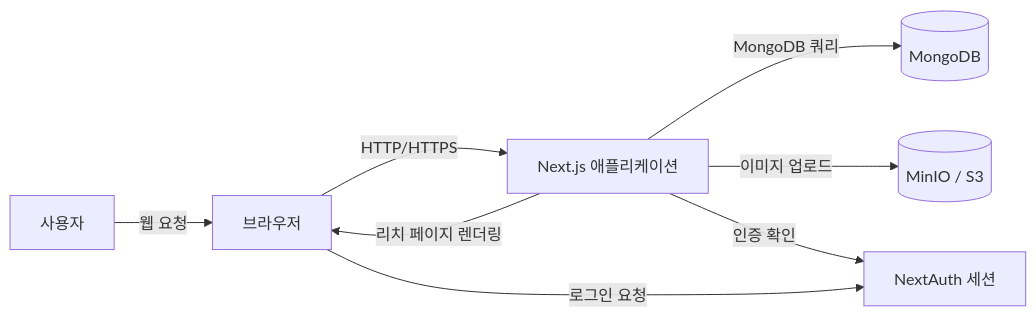
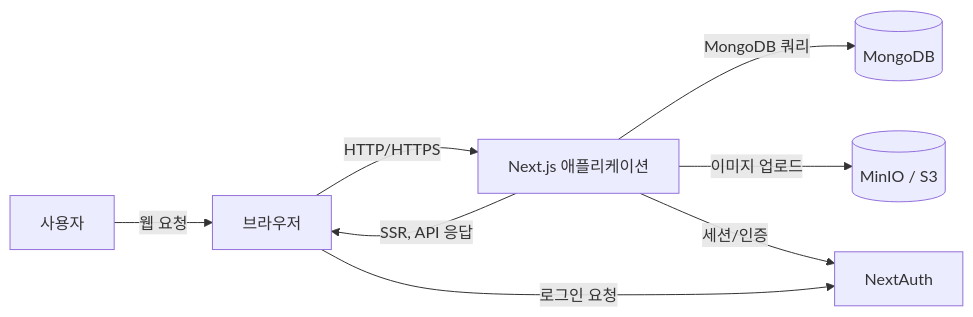
Before and after one commit to seungrye/slowmade-duckdns-org: the first of 2 diagrams in docs/architecture.md, drawn with Mermaid. The commit also changed other lines of this file and 2 other files, not shown here.

````diff
--- a/docs/architecture.md
+++ b/docs/architecture.md
@@ -16,10 +20,10 @@
 ```mermaid
 flowchart LR
   User[사용자] -->|웹 요청| Browser[브라우저]
   Browser -->|HTTP/HTTPS| NextApp[Next.js 애플리케이션]
-  NextApp -->|리치 페이지 렌더링| Browser
+  NextApp -->|SSR, API 응답| Browser
   NextApp -->|MongoDB 쿼리| MongoDB[(MongoDB)]
   NextApp -->|이미지 업로드| MinIO[(MinIO / S3)]
-  NextApp -->|인증 확인| Auth[NextAuth 세션]
-  Browser -->|로그인 요청| Auth
+  NextApp -->|세션/인증| NextAuth[NextAuth]
+  Browser -->|로그인 요청| NextAuth
 ```
````
